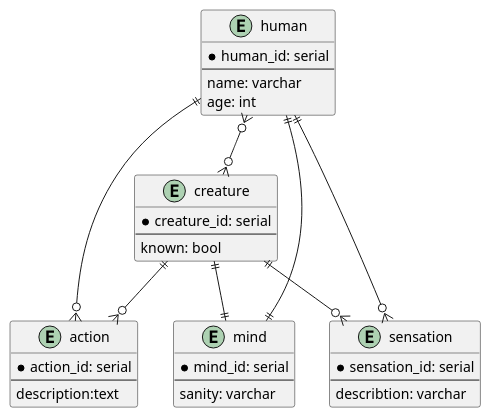
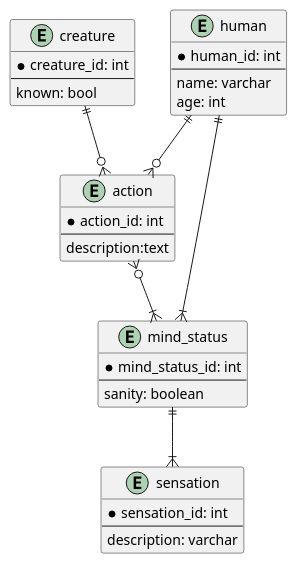
Before and after one commit to fefumo/itmo: the diagram in DB/lab1/ER.md, drawn with PlantUML. The commit also changed other lines of this file and 3 other files, not shown here.

Commit message:
DR + ER approved

````diff
--- a/DB/lab1/ER.md
+++ b/DB/lab1/ER.md
@@ -3,41 +3,42 @@
 ```plantuml
 @startuml
+
 entity "human" as human{
-    *human_id: serial
+    *human_id: int
     --
     name: varchar
     age: int
 }
 
 entity "action" as action{
-    * action_id: serial
+    * action_id: int
     --
     description:text
 }
 
-entity "mind" as mind{
-    *mind_id: serial
+entity "mind_status" as mind_status{
+    *mind_status_id: int
     --
-    sanity: varchar
+    sanity: boolean
 }
 entity "creature" as creature{
-    *creature_id: serial
+    *creature_id: int
     --
     known: bool
 }
 entity "sensation" as sensation{
-    *sensation_id: serial
+    *sensation_id: int
     --
-    describtion: varchar
+    description: varchar
 }
-human }o--o{ creature
-human ||--|| mind
+
 human ||--o{ action
-human ||--o{ sensation
 creature ||--o{ action
-creature ||--|| mind
-creature ||--o{ sensation
 
+human ||--|{ mind_status
+action }o--|{ mind_status
+
+mind_status ||--|{ sensation
 
 @enduml
 ```
````
